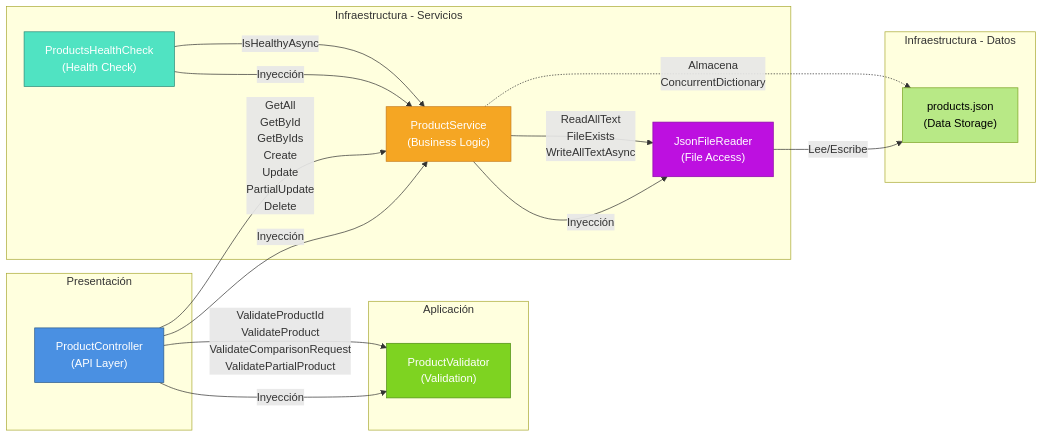
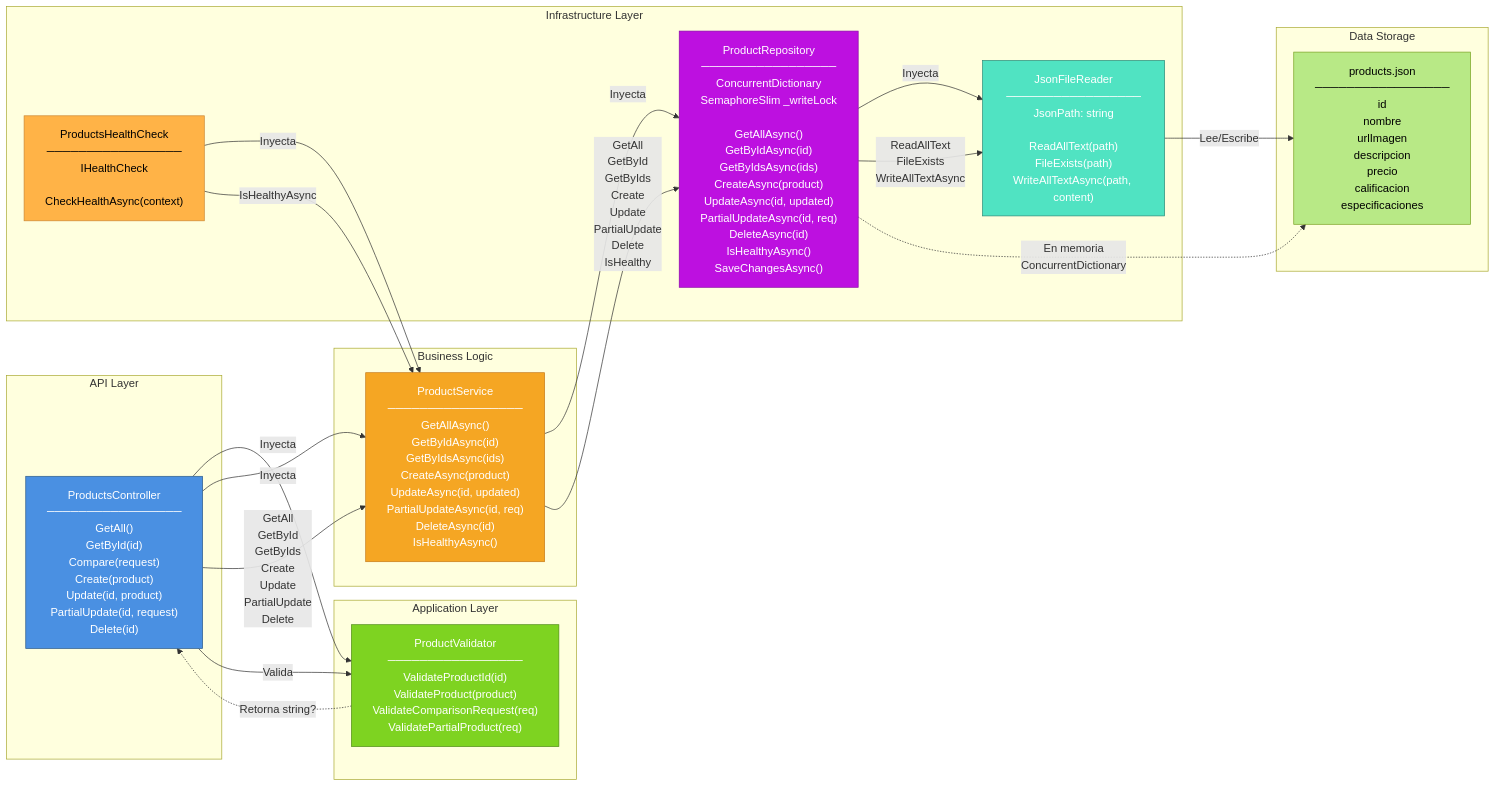
Before and after one commit to quiricoagata/ProductComparisonApi: the diagram in ARQUITECTURA.md, drawn with Mermaid.

Commit message:
refactor: Refactor architecture diagram for clarity and structure

````diff
--- a/ARQUITECTURA.md
+++ b/ARQUITECTURA.md
@@ -1,42 +1,53 @@
 ```mermaid
 graph LR
-    subgraph "Presentación"
-        PC["ProductController<br/>(API Layer)"]
+    subgraph "API Layer"
+        PC["ProductsController<br/>─────────────────<br/>GetAll()<br/>GetById(id)<br/>Compare(request)<br/>Create(product)<br/>Update(id, product)<br/>PartialUpdate(id, request)<br/>Delete(id)"]
     end
 
-    subgraph "Aplicación"
-        PV["ProductValidator<br/>(Validation)"]
+    subgraph "Application Layer"
+        PV["ProductValidator<br/>─────────────────<br/>ValidateProductId(id)<br/>ValidateProduct(product)<br/>ValidateComparisonRequest(req)<br/>ValidatePartialProduct(req)"]
     end
 
-    subgraph "Infraestructura - Servicios"
-        PS["ProductService<br/>(Business Logic)"]
-        JFR["JsonFileReader<br/>(File Access)"]
-        PHC["ProductsHealthCheck<br/>(Health Check)"]
+    subgraph "Business Logic"
+        PS["ProductService<br/>─────────────────<br/>GetAllAsync()<br/>GetByIdAsync(id)<br/>GetByIdsAsync(ids)<br/>CreateAsync(product)<br/>UpdateAsync(id, updated)<br/>PartialUpdateAsync(id, req)<br/>DeleteAsync(id)<br/>IsHealthyAsync()"]
     end
 
-    subgraph "Infraestructura - Datos"
-        PJ["products.json<br/>(Data Storage)"]
+    subgraph "Infrastructure Layer"
+        PR["ProductRepository<br/>─────────────────<br/>ConcurrentDictionary<br/>SemaphoreSlim _writeLock<br/><br/>GetAllAsync()<br/>GetByIdAsync(id)<br/>GetByIdsAsync(ids)<br/>CreateAsync(product)<br/>UpdateAsync(id, updated)<br/>PartialUpdateAsync(id, req)<br/>DeleteAsync(id)<br/>IsHealthyAsync()<br/>SaveChangesAsync()"]
+        
+        JFR["JsonFileReader<br/>─────────────────<br/>JsonPath: string<br/><br/>ReadAllText(path)<br/>FileExists(path)<br/>WriteAllTextAsync(path, content)"]
+        
+        PHC["ProductsHealthCheck<br/>─────────────────<br/>IHealthCheck<br/><br/>CheckHealthAsync(context)"]
     end
 
-    PC -->|Inyección| PV
-    PC -->|Inyección| PS
+    subgraph "Data Storage"
+        JSON["products.json<br/>─────────────────<br/>id<br/>nombre<br/>urlImagen<br/>descripcion<br/>precio<br/>calificacion<br/>especificaciones"]
+    end
+
+    PC -->|Inyecta| PV
+    PC -->|Inyecta| PS
     PC -->|GetAll<br/>GetById<br/>GetByIds<br/>Create<br/>Update<br/>PartialUpdate<br/>Delete| PS
-    PC -->|ValidateProductId<br/>ValidateProduct<br/>ValidateComparisonRequest<br/>ValidatePartialProduct| PV
+    PC -->|Valida| PV
 
-    PS -->|Inyección| JFR
-    PS -->|ReadAllText<br/>FileExists<br/>WriteAllTextAsync| JFR
+    PV -.->|Retorna string?| PC
 
-    PHC -->|Inyección| PS
+    PS -->|Inyecta| PR
+    PS -->|GetAll<br/>GetById<br/>GetByIds<br/>Create<br/>Update<br/>PartialUpdate<br/>Delete<br/>IsHealthy| PR
+
+    PHC -->|Inyecta| PS
     PHC -->|IsHealthyAsync| PS
 
-    JFR -->|Lee/Escribe| PJ
+    PR -->|Inyecta| JFR
+    PR -->|ReadAllText<br/>FileExists<br/>WriteAllTextAsync| JFR
+    PR -.->|En memoria<br/>ConcurrentDictionary| JSON
 
-    PS -.->|Almacena<br/>ConcurrentDictionary| PJ
+    JFR -->|Lee/Escribe| JSON
 
     style PC fill:#4A90E2,stroke:#2E5C8A,color:#fff
     style PV fill:#7ED321,stroke:#4F8C14,color:#fff
     style PS fill:#F5A623,stroke:#C67B1A,color:#fff
-    style JFR fill:#BD10E0,stroke:#8B0AA8,color:#fff
-    style PHC fill:#50E3C2,stroke:#2A8A78,color:#fff
-    style PJ fill:#B8E986,stroke:#7BA324,color:#000
+    style PR fill:#BD10E0,stroke:#8B0AA8,color:#fff
+    style JFR fill:#50E3C2,stroke:#2A8A78,color:#fff
+    style PHC fill:#FFB347,stroke:#CC8833,color:#000
+    style JSON fill:#B8E986,stroke:#7BA324,color:#000
 ```
````
